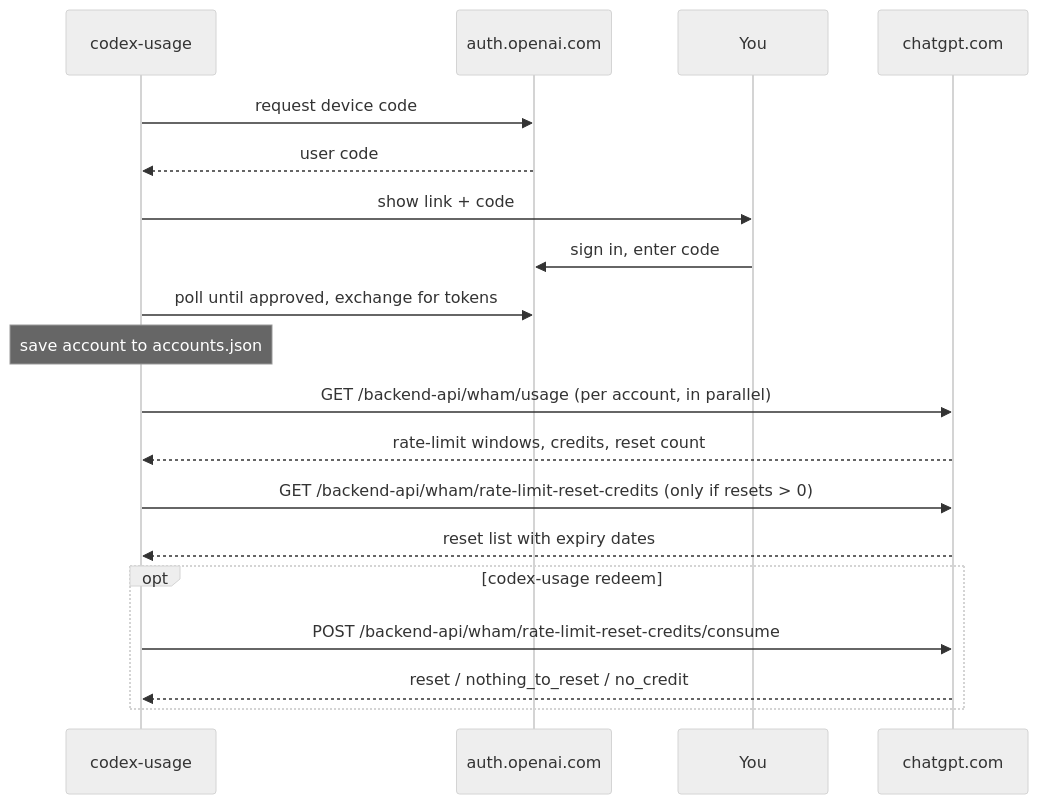
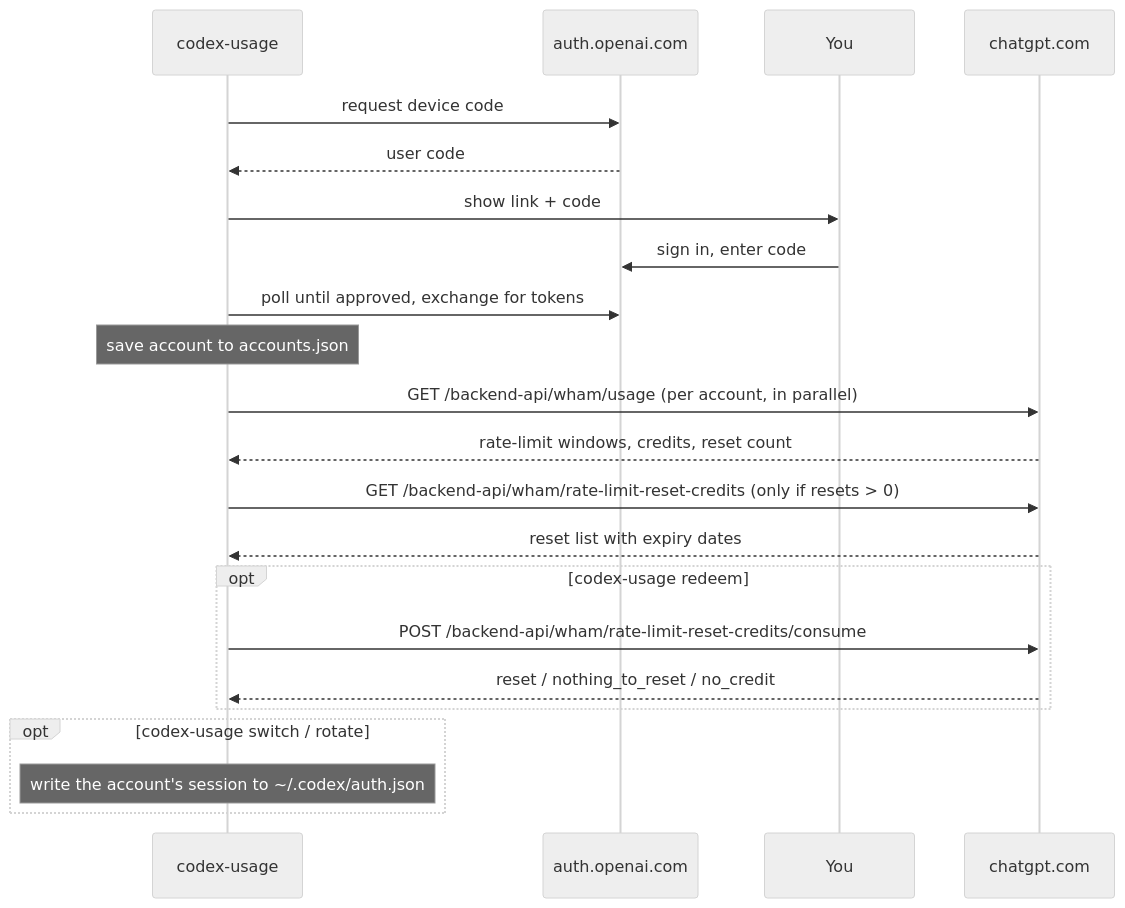
One commit to AnandChowdhary/codex-usage changed the diagram in README.md. Above: the diagram before and after it, drawn with Mermaid (neutral theme). The commit also changed other lines of this file and 13 other files, not shown here.

First line of the commit message:
feat: switch and rotate the Codex CLI between accounts

````diff
--- a/README.md
+++ b/README.md
@@ -201,21 +241,24 @@
 ```mermaid
 sequenceDiagram
     participant CLI as codex-usage
     participant Auth as auth.openai.com
     participant You
     participant API as chatgpt.com
     CLI->>Auth: request device code
     Auth-->>CLI: user code
     CLI->>You: show link + code
     You->>Auth: sign in, enter code
     CLI->>Auth: poll until approved, exchange for tokens
     Note over CLI: save account to accounts.json
     CLI->>API: GET /backend-api/wham/usage (per account, in parallel)
     API-->>CLI: rate-limit windows, credits, reset count
     CLI->>API: GET /backend-api/wham/rate-limit-reset-credits (only if resets > 0)
     API-->>CLI: reset list with expiry dates
     opt codex-usage redeem
         CLI->>API: POST /backend-api/wham/rate-limit-reset-credits/consume
         API-->>CLI: reset / nothing_to_reset / no_credit
     end
+    opt codex-usage switch / rotate
+        Note over CLI: write the account's session to ~/.codex/auth.json
+    end
 ```
````
